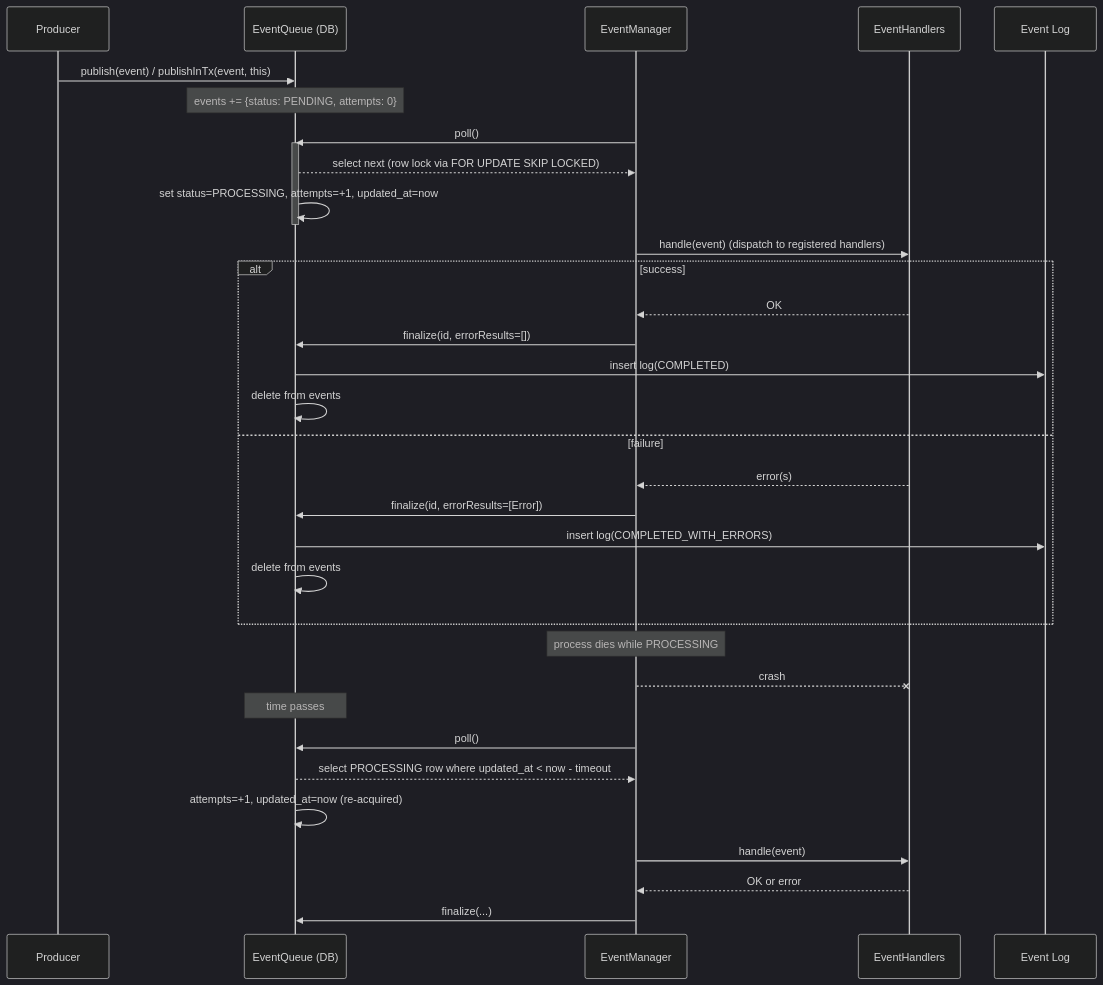
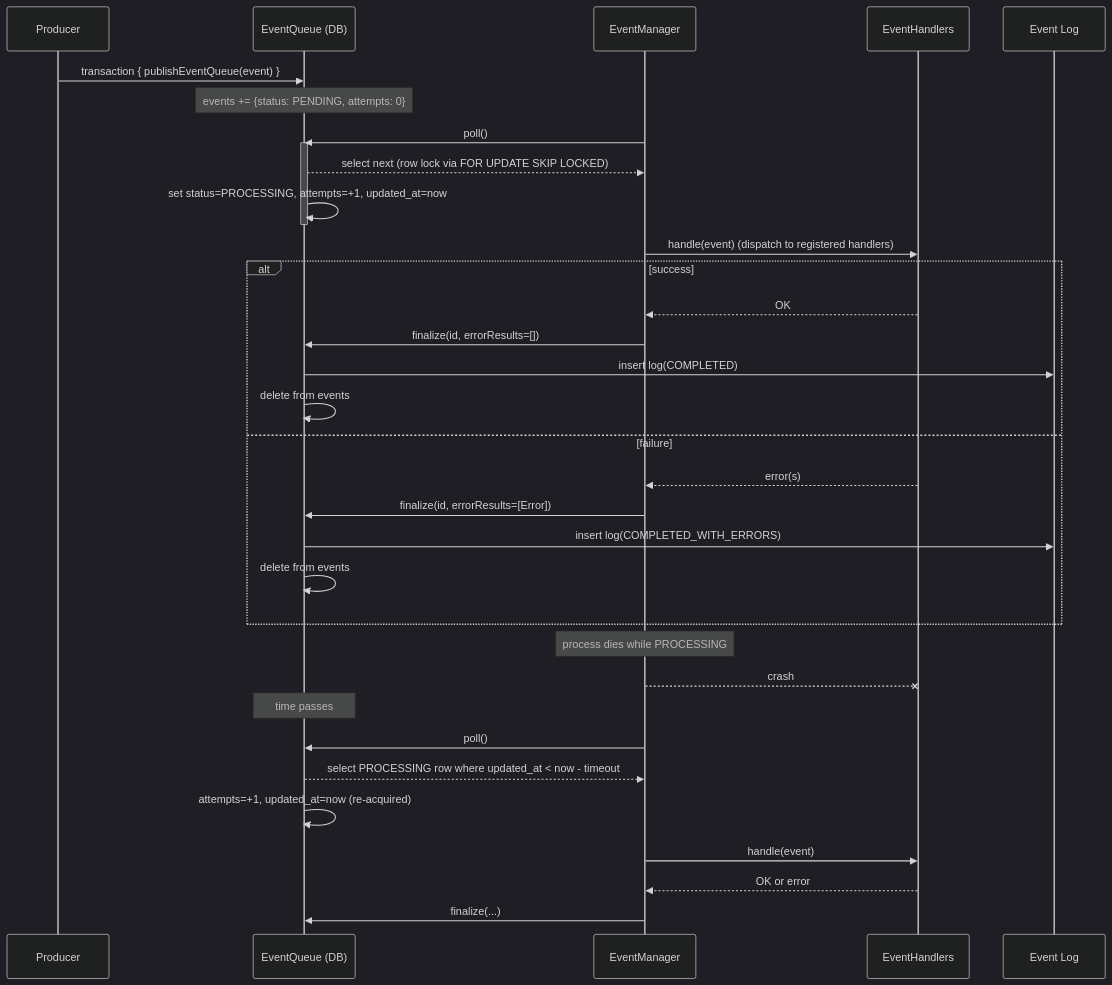
One commit to navikt/ekspertbistand changed the first of 2 diagrams in backend/src/main/kotlin/no/nav/ekspertbistand/event/README.md. Above: the diagram before and after it, drawn with Mermaid (dark theme). The commit also changed other lines of this file and 20 other files, not shown here.

First line of the commit message:
refactor(event): ett inngangspunkt for publisering — JdbcTransaction.publishEventQueue

````diff
--- a/backend/src/main/kotlin/no/nav/ekspertbistand/event/README.md
+++ b/backend/src/main/kotlin/no/nav/ekspertbistand/event/README.md
@@ -44,40 +45,40 @@
 ```mermaid
 sequenceDiagram
     participant P as Producer
     participant Q as EventQueue (DB)
     participant M as EventManager
     participant H as EventHandlers
     participant L as Event Log
 
-    P->>Q: publish(event) / publishInTx(event, this)
+    P->>Q: transaction { publishEventQueue(event) }
     Note over Q: events += {status: PENDING, attempts: 0}
 
     M->>Q: poll()
     activate Q
     Q-->>M: select next (row lock via FOR UPDATE SKIP LOCKED)
     Q->>Q: set status=PROCESSING, attempts=+1, updated_at=now
     deactivate Q
 
     M->>H: handle(event) (dispatch to registered handlers)
     alt success
       H-->>M: OK
       M->>Q: finalize(id, errorResults=[])
       Q->>L: insert log(COMPLETED)
       Q->>Q: delete from events
     else failure
       H-->>M: error(s)
       M->>Q: finalize(id, errorResults=[Error])
       Q->>L: insert log(COMPLETED_WITH_ERRORS)
       Q->>Q: delete from events
     end
 
     Note over M: process dies while PROCESSING
     M--xH: crash
     Note over Q: time passes
     M->>Q: poll()
     Q-->>M: select PROCESSING row where updated_at < now - timeout
     Q->>Q: attempts=+1, updated_at=now (re-acquired)
     M->>H: handle(event)
     H-->>M: OK or error
     M->>Q: finalize(...)
 ```
````
